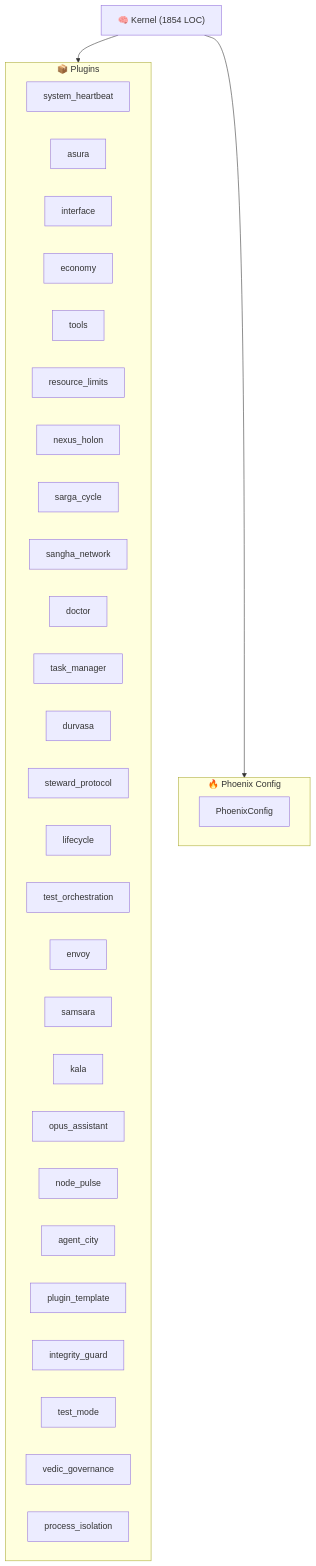
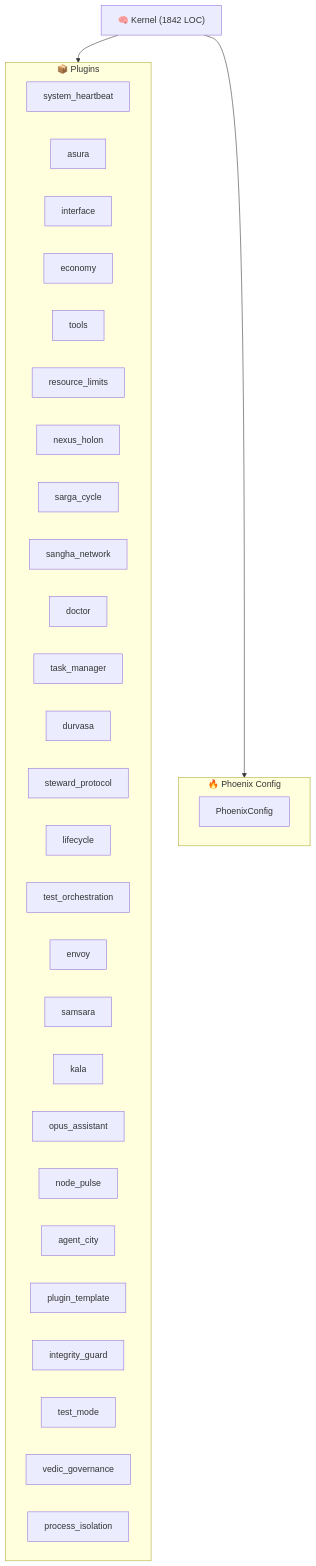
One commit to kimeisele/steward-protocol changed the diagram in ARCHITECTURE.md. Above: the diagram before and after it, drawn with Mermaid. The commit also changed other lines of this file and 16 other files, not shown here.

````diff
--- a/ARCHITECTURE.md
+++ b/ARCHITECTURE.md
@@ -8,37 +8,37 @@
 ```mermaid
 graph TB
-    K["🧠 Kernel (1854 LOC)"]
+    K["🧠 Kernel (1842 LOC)"]
     subgraph Plugins["📦 Plugins"]
         P_system_heartbeat["system_heartbeat"]
         P_asura["asura"]
         P_interface["interface"]
         P_economy["economy"]
         P_tools["tools"]
         P_resource_limits["resource_limits"]
         P_nexus_holon["nexus_holon"]
         P_sarga_cycle["sarga_cycle"]
         P_sangha_network["sangha_network"]
         P_doctor["doctor"]
         P_task_manager["task_manager"]
         P_durvasa["durvasa"]
         P_steward_protocol["steward_protocol"]
         P_lifecycle["lifecycle"]
         P_test_orchestration["test_orchestration"]
         P_envoy["envoy"]
         P_samsara["samsara"]
         P_kala["kala"]
         P_opus_assistant["opus_assistant"]
         P_node_pulse["node_pulse"]
         P_agent_city["agent_city"]
         P_plugin_template["plugin_template"]
         P_integrity_guard["integrity_guard"]
         P_test_mode["test_mode"]
         P_vedic_governance["vedic_governance"]
         P_process_isolation["process_isolation"]
     end
     K --> Plugins
     subgraph Config["🔥 Phoenix Config"]
         PC[PhoenixConfig]
     end
     K --> Config
 ```
````
